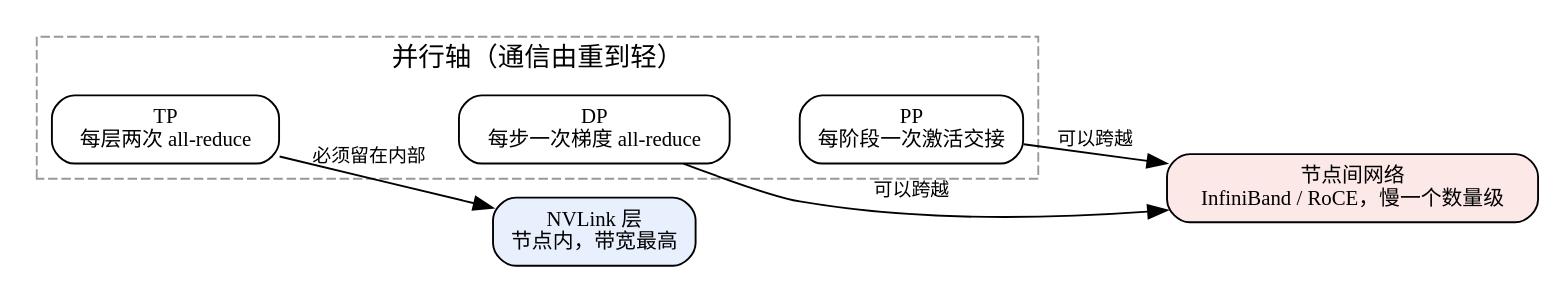
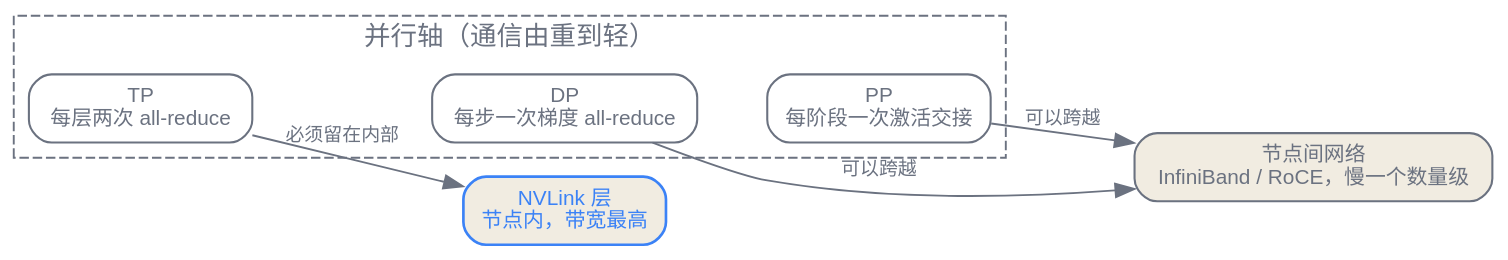
The second of 3 diagrams in zh/p7-infrastructure/30-accelerators-networking.qmd (latere-ai/ai-as-an-infrastructure), drawn with Graphviz before and after one commit. The commit also changed other lines of this file and 186 other files, not shown here.

First line of the commit message:
book: visual audit pass on all diagrams and figures

````diff
--- a/zh/p7-infrastructure/30-accelerators-networking.qmd
+++ b/zh/p7-infrastructure/30-accelerators-networking.qmd
@@ -43,26 +43,31 @@
 ```{dot}
 //| label: fig-accelerators-networking-axis-map
 //| fig-cap: "并行轴按每步通信量排序，每个落到仍能把其集合通信隐藏在计算之下的最廉价层级。是带宽鸿沟而非约定，把 TP 指派给 NVLink、把 DP/PP 指派给节点间网络。"
 digraph axis_map {
+  bgcolor="transparent";
+  node [fontname="Helvetica", color="#6b7280", fontcolor="#6b7280", penwidth=1.1];
+  edge [color="#6b7280", fontcolor="#6b7280"];
   rankdir=LR;
   node [shape=box, style=rounded, fontsize=11];
   edge [fontsize=10];
 
   subgraph cluster_axes {
     label="并行轴（通信由重到轻）";
     style=dashed;
-    color=gray60;
+    color="#6b7280";
+    fontcolor="#6b7280";
+    fontname="Helvetica";
     TP [label="TP\n每层两次 all-reduce"];
     DP [label="DP\n每步一次梯度 all-reduce"];
     PP [label="PP\n每阶段一次激活交接"];
     TP -> DP -> PP [style=invis];
   }
 
-  NVLink [label="NVLink 层\n节点内，带宽最高", shape=box, style="rounded,filled", fillcolor="#e8f0fe"];
-  Network [label="节点间网络\nInfiniBand / RoCE，慢一个数量级", shape=box, style="rounded,filled", fillcolor="#fde8e8"];
+  NVLink [label="NVLink 层\n节点内，带宽最高", style="rounded,filled", fillcolor="#f1ece1", color="#3b82f6", fontcolor="#3b82f6", penwidth=1.4];
+  Network [label="节点间网络\nInfiniBand / RoCE，慢一个数量级", style="rounded,filled", fillcolor="#f1ece1"];
 
   TP -> NVLink [label="必须留在内部"];
   DP -> Network [label="可以跨越"];
   PP -> Network [label="可以跨越"];
 }
 ```
````
